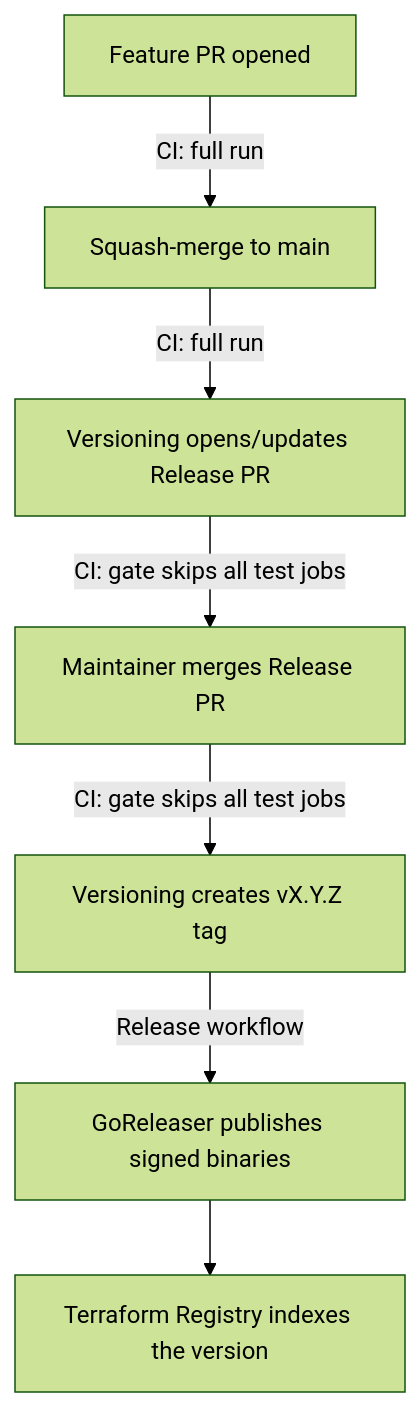
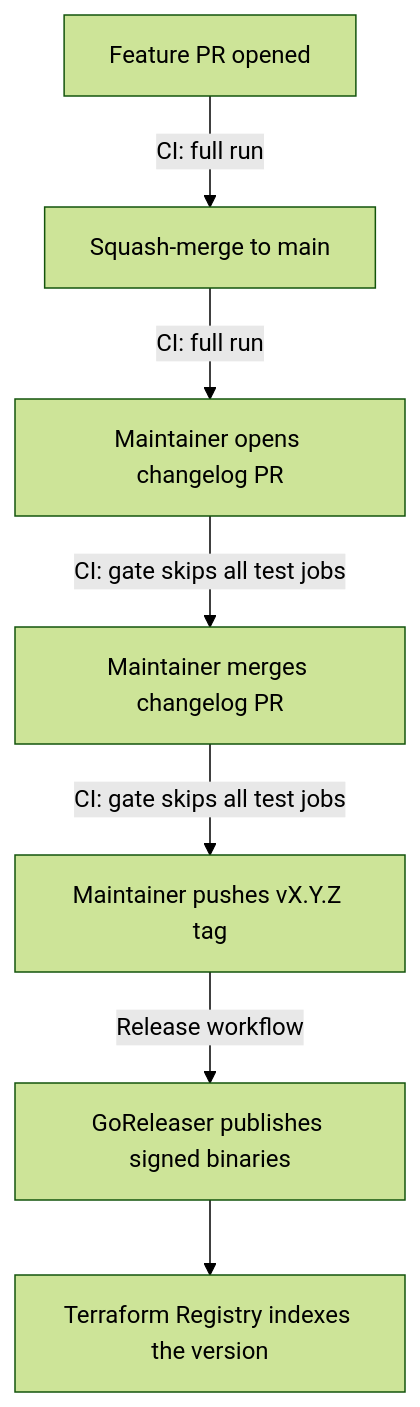
The diagram in CI.md (pubg/terraform-provider-jenkins), drawn with Mermaid (forest theme) before and after one commit. The commit also changed other lines of this file and 10 other files, not shown here.

First line of the commit message:
ci: replace release-please with tag-triggered releases (#18)

````diff
--- a/CI.md
+++ b/CI.md
@@ -25,9 +24,9 @@
 ```mermaid
 flowchart TD
     A[Feature PR opened] -->|CI: full run| B[Squash-merge to main]
-    B -->|CI: full run| C[Versioning opens/updates Release PR]
-    C -->|CI: gate skips all test jobs| D[Maintainer merges Release PR]
-    D -->|CI: gate skips all test jobs| E[Versioning creates vX.Y.Z tag]
+    B -->|CI: full run| C[Maintainer opens changelog PR]
+    C -->|CI: gate skips all test jobs| D[Maintainer merges changelog PR]
+    D -->|CI: gate skips all test jobs| E[Maintainer pushes vX.Y.Z tag]
     E -->|Release workflow| F[GoReleaser publishes signed binaries]
     F --> G[Terraform Registry indexes the version]
 ```
````
